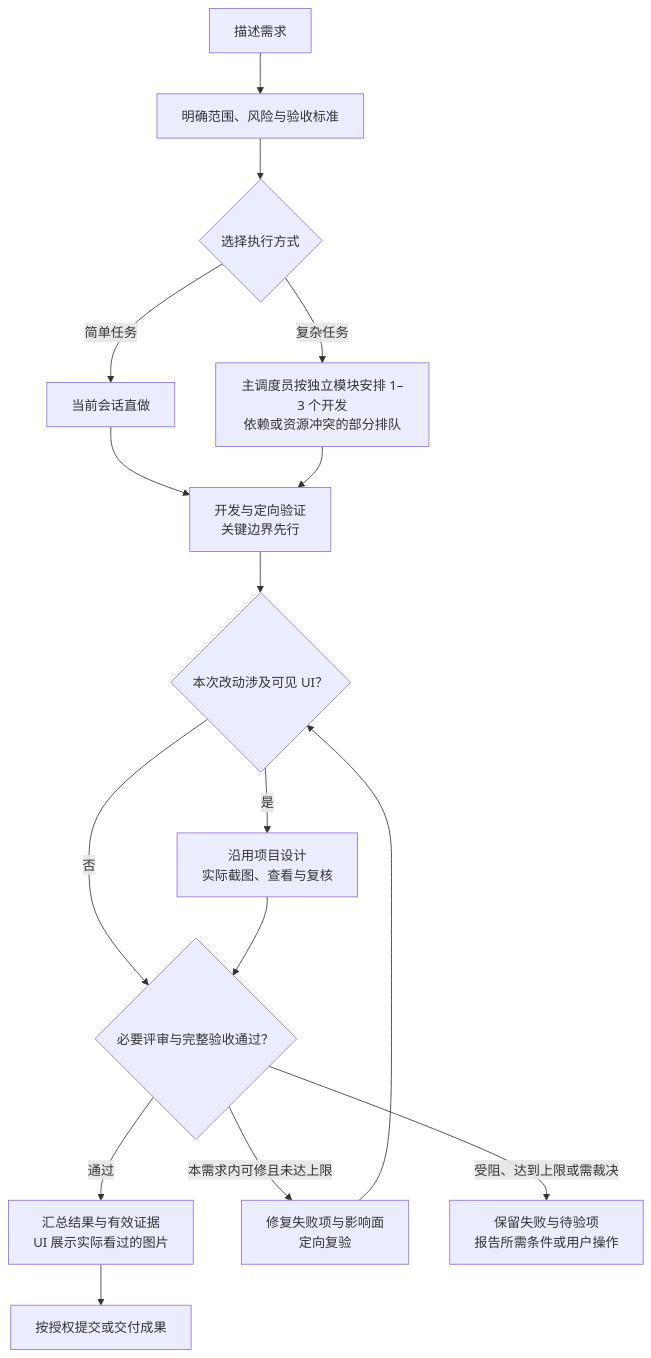
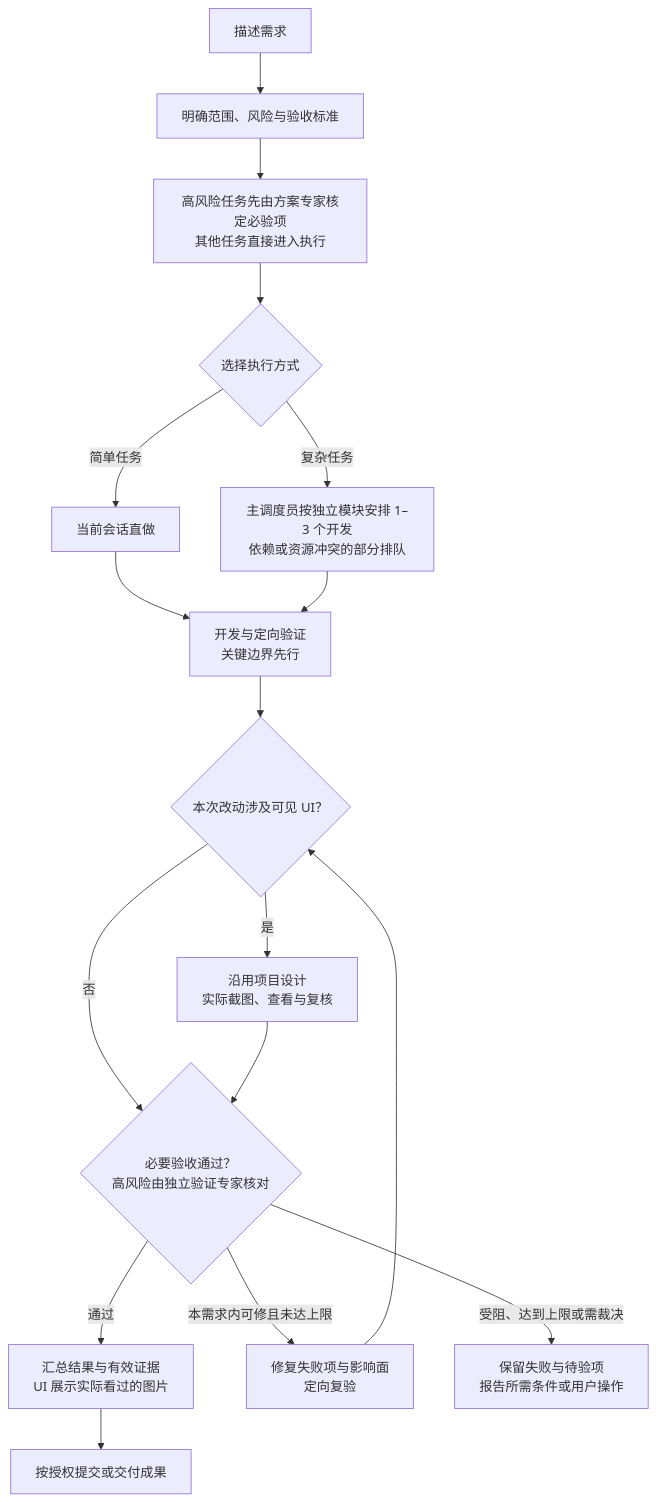
One commit to wzm111/pipeline-standard changed the first of 2 diagrams in README.md. Above: the diagram before and after it, drawn with Mermaid. The commit also changed other lines of this file and 1 other file, not shown here.

Commit message:
更新中英文 README 的双专家评审流程

````diff
--- a/README.md
+++ b/README.md
@@ -98,18 +98,19 @@
 ```mermaid
 flowchart TD
     A["描述需求"] --> B["明确范围、风险与验收标准"]
-    B --> I{"选择执行方式"}
+    B --> R["高风险任务先由方案专家核定必验项<br/>其他任务直接进入执行"]
+    R --> I{"选择执行方式"}
     I -->|简单任务| J["当前会话直做"]
     I -->|复杂任务| K["主调度员按独立模块安排 1–3 个开发<br/>依赖或资源冲突的部分排队"]
     J --> C["开发与定向验证<br/>关键边界先行"]
     K --> C
     C --> U{"本次改动涉及可见 UI？"}
     U -->|是| V["沿用项目设计<br/>实际截图、查看与复核"]
-    U -->|否| D{"必要评审与完整验收通过？"}
+    U -->|否| D{"必要验收通过？<br/>高风险由独立验证专家核对"}
     V --> D
     D -->|通过| E["汇总结果与有效证据<br/>UI 展示实际看过的图片"]
     D -->|本需求内可修且未达上限| G["修复失败项与影响面<br/>定向复验"]
     G --> U
     D -->|受阻、达到上限或需裁决| H["保留失败与待验项<br/>报告所需条件或用户操作"]
     E --> F["按授权提交或交付成果"]
 ```
````
